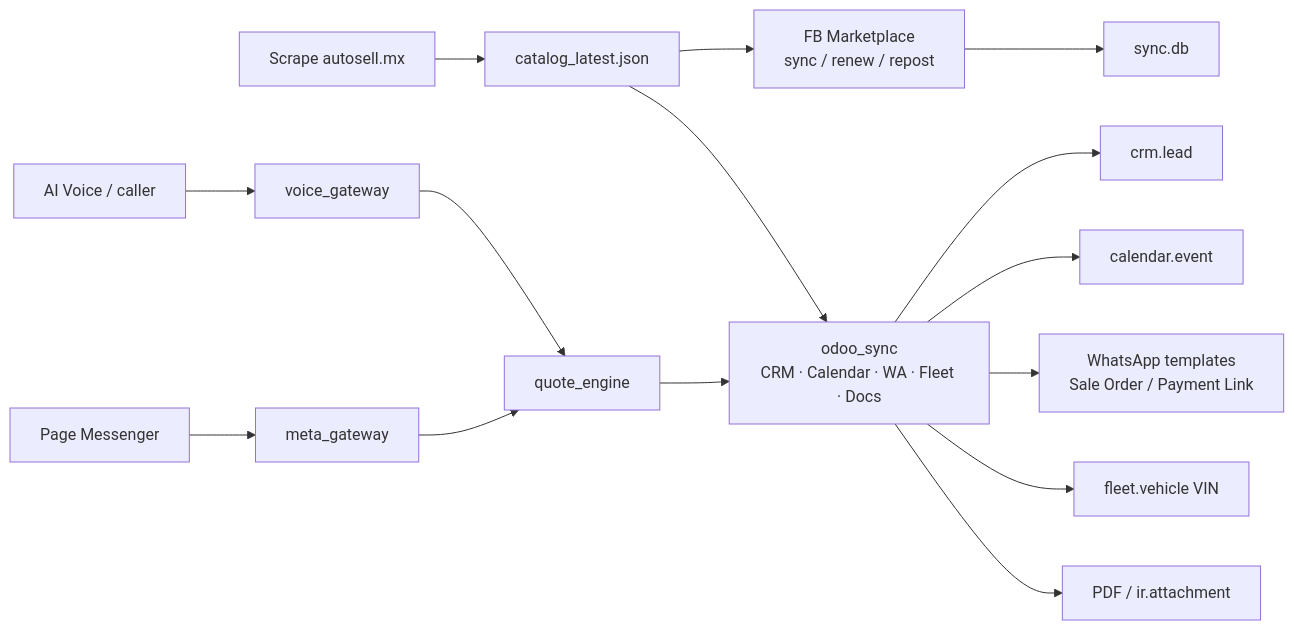
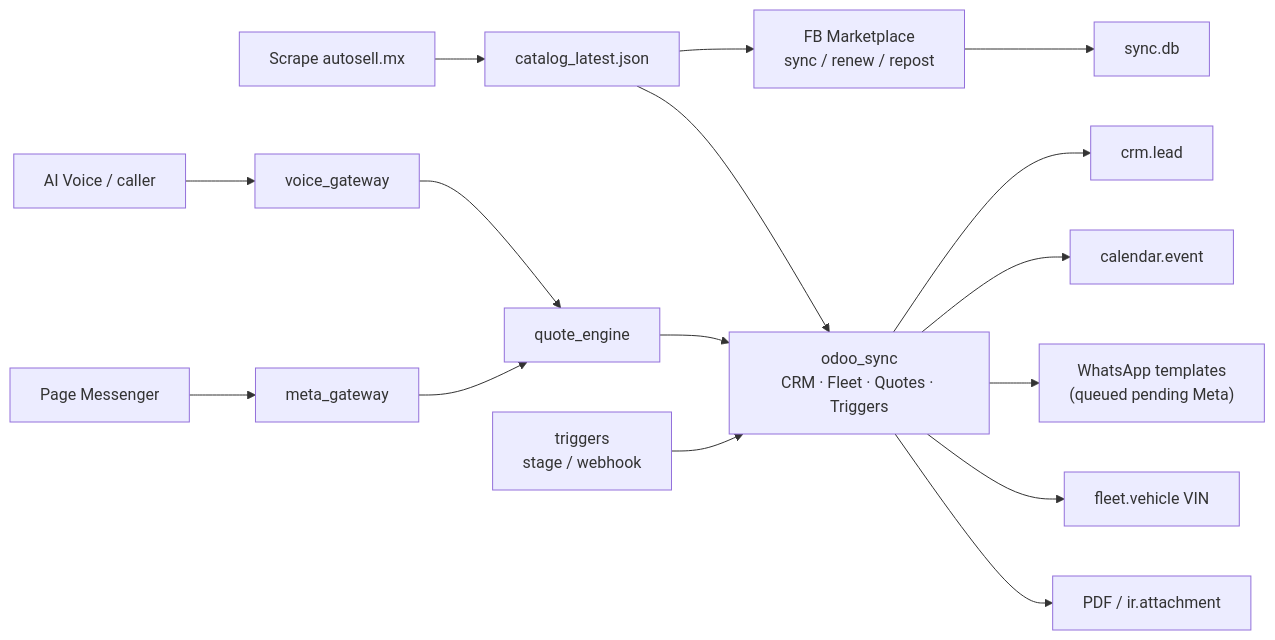
Before and after one commit to mg22mex/auto-upload: the first of 2 diagrams in README.md, drawn with Mermaid. The commit also changed other lines of this file and 32 other files, not shown here.

````diff
--- a/README.md
+++ b/README.md
@@ -31,33 +31,35 @@
 ```mermaid
 flowchart LR
     SC["Scrape autosell.mx"]
     SNAP["catalog_latest.json"]
     FB["FB Marketplace<br/>sync / renew / repost"]
     DB["sync.db"]
     CALLER["AI Voice / caller"]
     VG["voice_gateway"]
     QE["quote_engine"]
-    ODOO["odoo_sync<br/>CRM · Calendar · WA · Fleet · Docs"]
+    ODOO["odoo_sync<br/>CRM · Fleet · Quotes · Triggers"]
     LEAD["crm.lead"]
     CAL["calendar.event"]
-    WA["WhatsApp templates<br/>Sale Order / Payment Link"]
+    WA["WhatsApp templates<br/>(queued pending Meta)"]
     FLEET["fleet.vehicle VIN"]
     PDF["PDF / ir.attachment"]
     MSG["Page Messenger"]
     META["meta_gateway"]
+    TRG["triggers<br/>stage / webhook"]
 
     SC --> SNAP
     SNAP --> FB
     FB --> DB
     SNAP --> ODOO
     CALLER --> VG
     VG --> QE
     QE --> ODOO
+    TRG --> ODOO
     ODOO --> LEAD
     ODOO --> CAL
     ODOO --> WA
     ODOO --> FLEET
     ODOO --> PDF
     MSG --> META
     META --> QE
 ```
````
